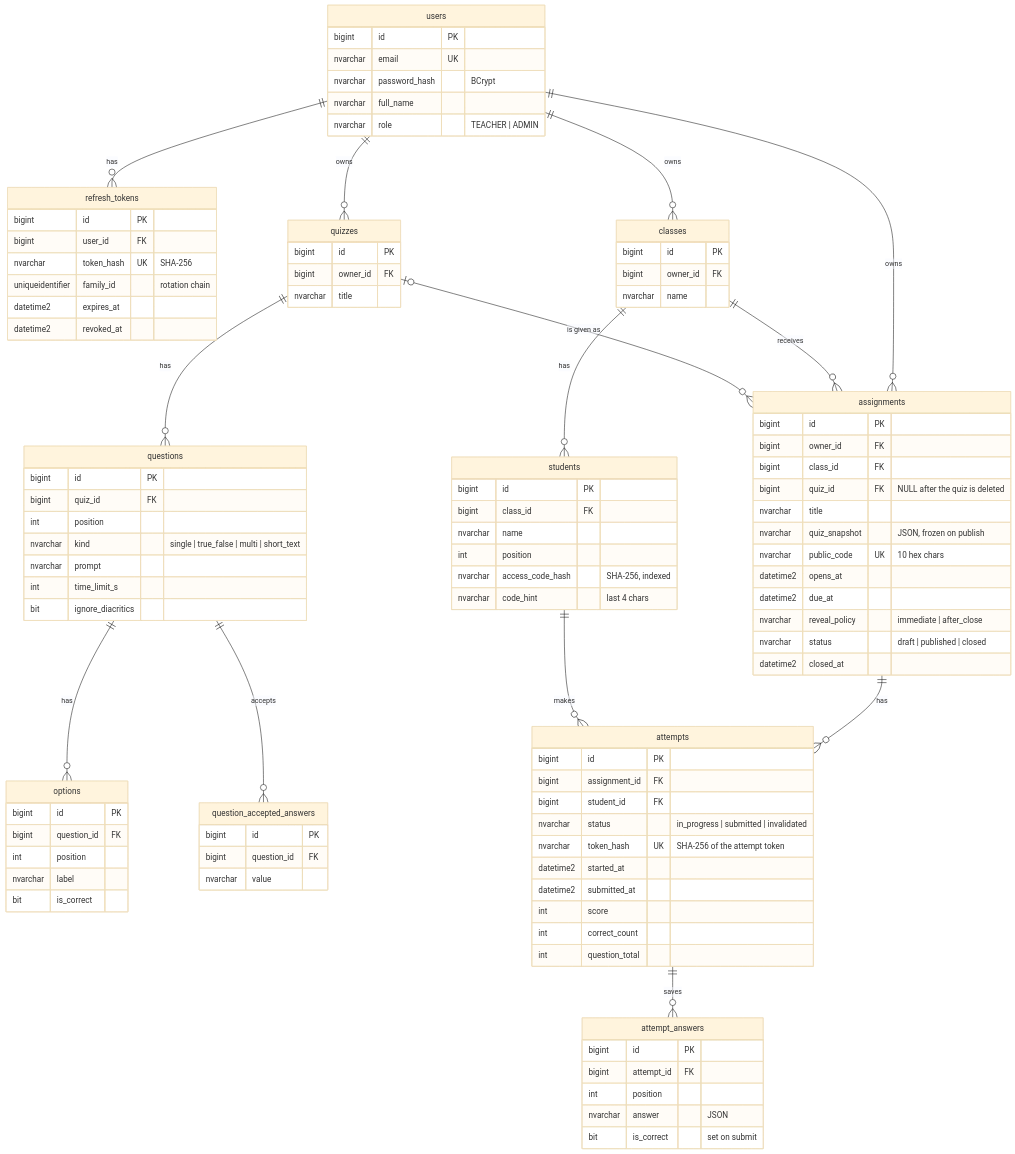
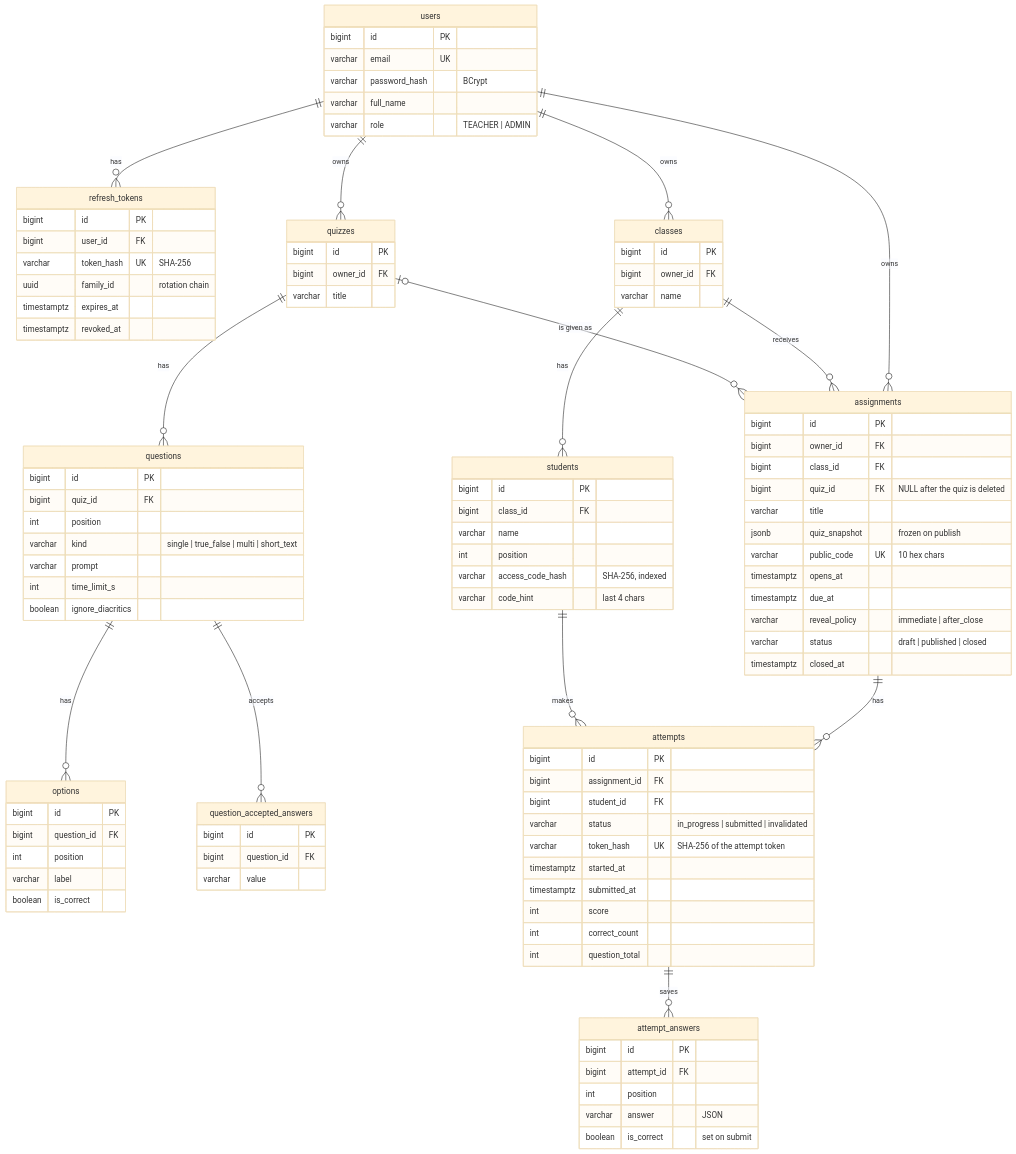
Before and after one commit to thanhsu263/smart-teach-vn: the diagram in docs/erd.md, drawn with Mermaid (base theme). The commit also changed other lines of this file and 21 other files, not shown here.

````diff
--- a/docs/erd.md
+++ b/docs/erd.md
@@ -22,80 +22,80 @@
 
     users {
         bigint id PK
-        nvarchar email UK
-        nvarchar password_hash "BCrypt"
-        nvarchar full_name
-        nvarchar role "TEACHER | ADMIN"
+        varchar email UK
+        varchar password_hash "BCrypt"
+        varchar full_name
+        varchar role "TEACHER | ADMIN"
     }
     refresh_tokens {
         bigint id PK
         bigint user_id FK
-        nvarchar token_hash UK "SHA-256"
-        uniqueidentifier family_id "rotation chain"
-        datetime2 expires_at
-        datetime2 revoked_at
+        varchar token_hash UK "SHA-256"
+        uuid family_id "rotation chain"
+        timestamptz expires_at
+        timestamptz revoked_at
     }
     classes {
         bigint id PK
         bigint owner_id FK
-        nvarchar name
+        varchar name
     }
     students {
         bigint id PK
         bigint class_id FK
-        nvarchar name
+        varchar name
         int position
-        nvarchar access_code_hash "SHA-256, indexed"
-        nvarchar code_hint "last 4 chars"
+        varchar access_code_hash "SHA-256, indexed"
+        varchar code_hint "last 4 chars"
     }
     quizzes {
         bigint id PK
         bigint owner_id FK
-        nvarchar title
+        varchar title
     }
     questions {
         bigint id PK
         bigint quiz_id FK
         int position
-        nvarchar kind "single | true_false | multi | short_text"
-        nvarchar prompt
+        varchar kind "single | true_false | multi | short_text"
+        varchar prompt
         int time_limit_s
-        bit ignore_diacritics
+        boolean ignore_diacritics
     }
     options {
         bigint id PK
         bigint question_id FK
         int position
-        nvarchar label
-        bit is_correct
+        varchar label
+        boolean is_correct
     }
     question_accepted_answers {
         bigint id PK
         bigint question_id FK
-        nvarchar value
+        varchar value
     }
     assignments {
         bigint id PK
         bigint owner_id FK
         bigint class_id FK
         bigint quiz_id FK "NULL after the quiz is deleted"
-        nvarchar title
-        nvarchar quiz_snapshot "JSON, frozen on publish"
-        nvarchar public_code UK "10 hex chars"
-        datetime2 opens_at
-        datetime2 due_at
-        nvarchar reveal_policy "immediate | after_close"
-        nvarchar status "draft | published | closed"
-        datetime2 closed_at
+        varchar title
+        jsonb quiz_snapshot "frozen on publish"
+        varchar public_code UK "10 hex chars"
+        timestamptz opens_at
+        timestamptz due_at
+        varchar reveal_policy "immediate | after_close"
+        varchar status "draft | published | closed"
+        timestamptz closed_at
     }
     attempts {
         bigint id PK
         bigint assignment_id FK
         bigint student_id FK
-        nvarchar status "in_progress | submitted | invalidated"
-        nvarchar token_hash UK "SHA-256 of the attempt token"
-        datetime2 started_at
-        datetime2 submitted_at
+        varchar status "in_progress | submitted | invalidated"
+        varchar token_hash UK "SHA-256 of the attempt token"
+        timestamptz started_at
+        timestamptz submitted_at
         int score
         int correct_count
         int question_total
@@ -104,7 +104,7 @@
         bigint id PK
         bigint attempt_id FK
         int position
-        nvarchar answer "JSON"
-        bit is_correct "set on submit"
+        varchar answer "JSON"
+        boolean is_correct "set on submit"
     }
 ```
````
